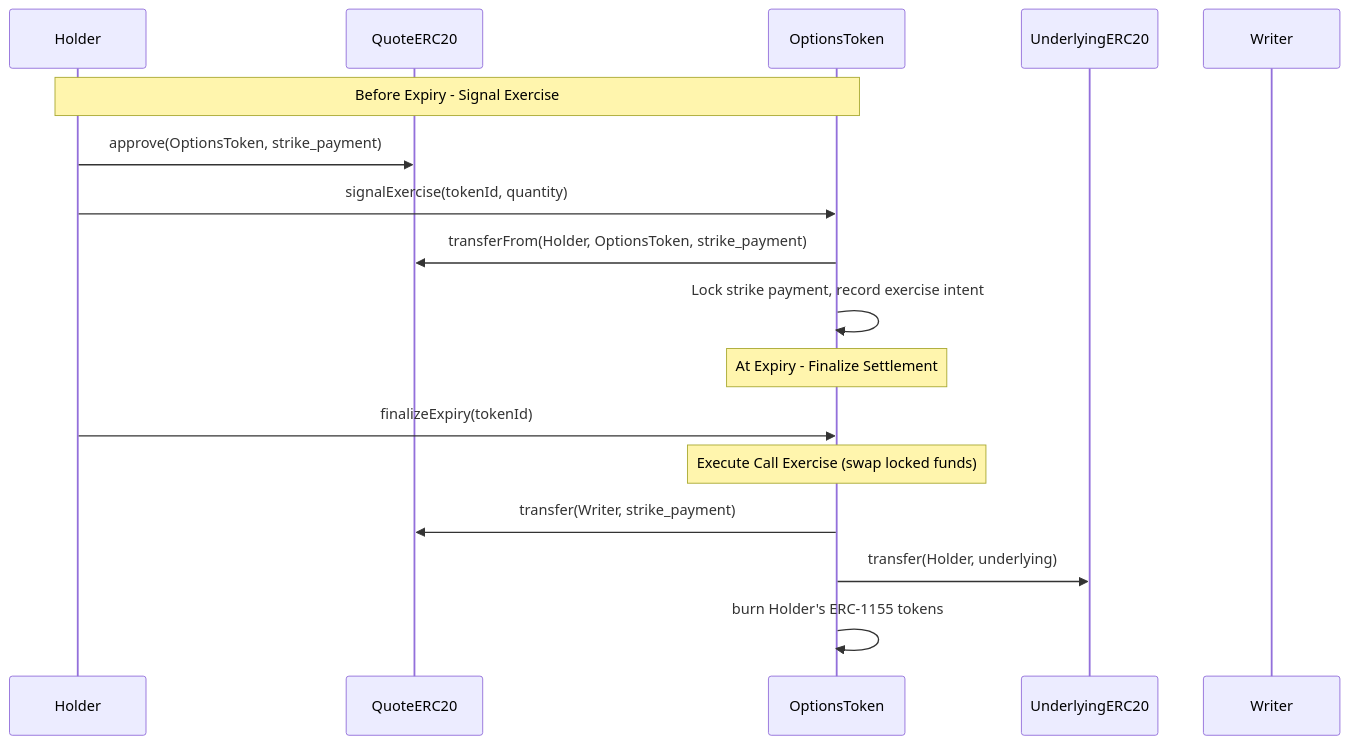
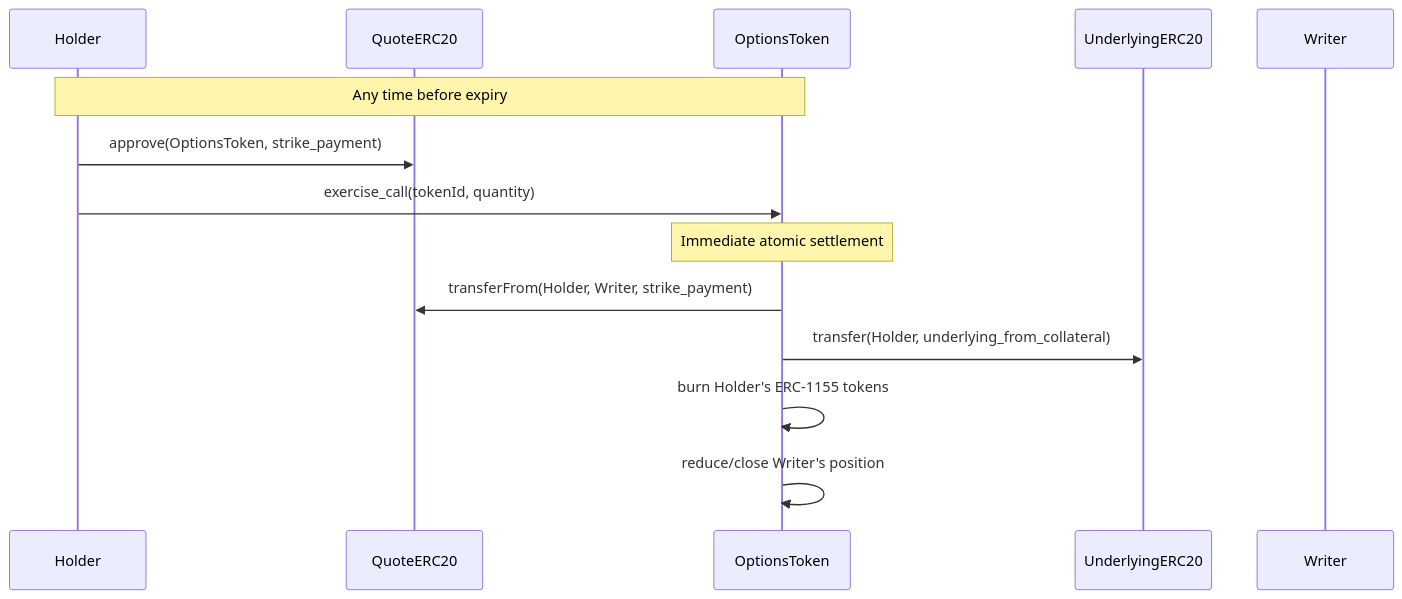
Before and after one commit to 0xgleb/optional: the fifth of 7 diagrams in SPEC.md, drawn with Mermaid. The commit also changed other lines of this file and 3 other files, not shown here.

````diff
--- a/SPEC.md
+++ b/SPEC.md
@@ -345,22 +302,18 @@
 ```mermaid
 sequenceDiagram
     participant Holder
     participant QuoteERC20
     participant OptionsToken
     participant UnderlyingERC20
     participant Writer
 
-    Note over Holder,OptionsToken: Before Expiry - Signal Exercise
+    Note over Holder,OptionsToken: Any time before expiry
     Holder->>QuoteERC20: approve(OptionsToken, strike_payment)
-    Holder->>OptionsToken: signalExercise(tokenId, quantity)
-    OptionsToken->>QuoteERC20: transferFrom(Holder, OptionsToken, strike_payment)
-    OptionsToken->>OptionsToken: Lock strike payment, record exercise intent
+    Holder->>OptionsToken: exercise_call(tokenId, quantity)
 
-    Note over OptionsToken: At Expiry - Finalize Settlement
-    Holder->>OptionsToken: finalizeExpiry(tokenId)
-
-    Note over OptionsToken: Execute Call Exercise (swap locked funds)
-    OptionsToken->>QuoteERC20: transfer(Writer, strike_payment)
-    OptionsToken->>UnderlyingERC20: transfer(Holder, underlying)
+    Note over OptionsToken: Immediate atomic settlement
+    OptionsToken->>QuoteERC20: transferFrom(Holder, Writer, strike_payment)
+    OptionsToken->>UnderlyingERC20: transfer(Holder, underlying_from_collateral)
     OptionsToken->>OptionsToken: burn Holder's ERC-1155 tokens
+    OptionsToken->>OptionsToken: reduce/close Writer's position
 ```
````
